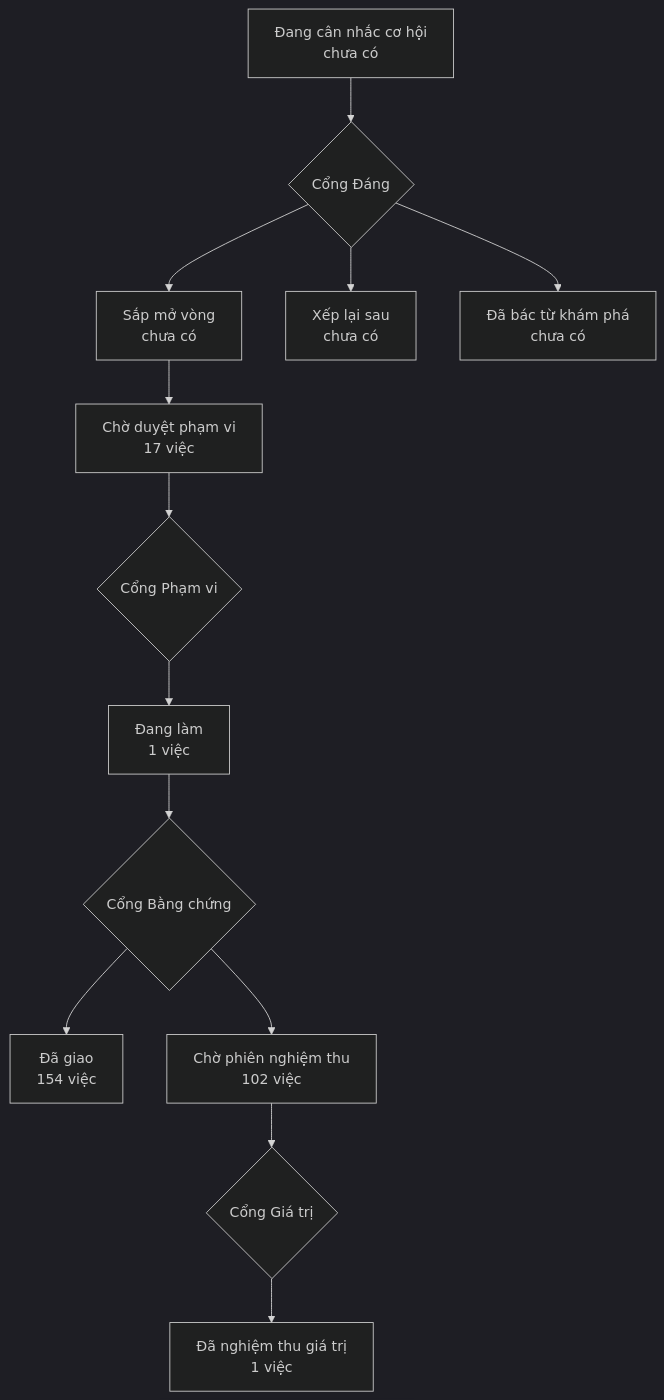
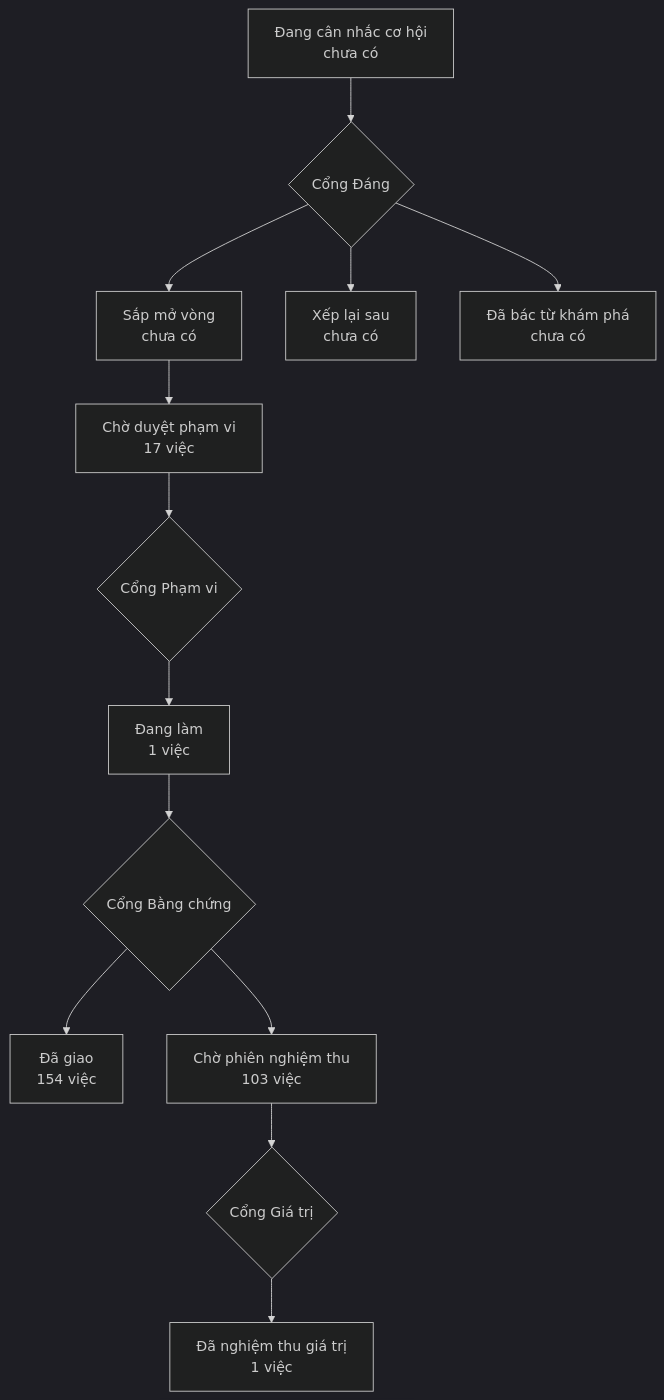
The diagram in PRODUCT-MAP.md (phanlemanh/onehub-invest), drawn with Mermaid (dark theme) before and after one commit. The commit also changed other lines of this file and 1 other file, not shown here.

Commit message:
chore: vẽ lại PRODUCT-MAP, LO-TRINH sau khi gộp main

````diff
--- a/PRODUCT-MAP.md
+++ b/PRODUCT-MAP.md
@@ -7,12 +7,12 @@
 ```mermaid
 flowchart TD
   A["Đang cân nhắc cơ hội<br/>chưa có"] --> GD{"Cổng Đáng"}
   GD --> B["Sắp mở vòng<br/>chưa có"]
   GD --> XL["Xếp lại sau<br/>chưa có"]
   GD --> DB["Đã bác từ khám phá<br/>chưa có"]
   B --> CD["Chờ duyệt phạm vi<br/>17 việc"] --> GP{"Cổng Phạm vi"}
   GP --> DL["Đang làm<br/>1 việc"] --> GB{"Cổng Bằng chứng"}
   GB --> DG["Đã giao<br/>154 việc"]
-  GB --> CN["Chờ phiên nghiệm thu<br/>102 việc"] --> GG{"Cổng Giá trị"}
+  GB --> CN["Chờ phiên nghiệm thu<br/>103 việc"] --> GG{"Cổng Giá trị"}
   GG --> NT["Đã nghiệm thu giá trị<br/>1 việc"]
 ```
````
